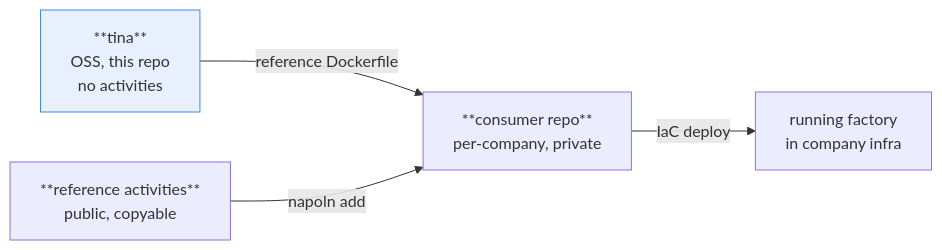
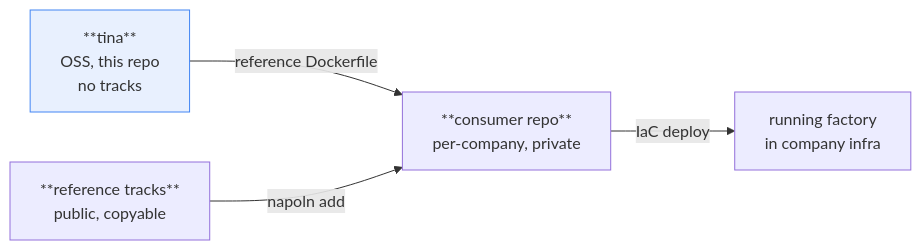
The fifth of 5 diagrams in docs/architecture.md (raiderrobert/tina), drawn with Mermaid before and after one commit. The commit also changed other lines of this file and 34 other files, not shown here.

````diff
--- a/docs/architecture.md
+++ b/docs/architecture.md
@@ -413,13 +416,13 @@
 ```mermaid
 flowchart LR
-    core["**tina**<br/>OSS, this repo<br/>no activities"]
-    ref["**reference activities**<br/>public, copyable"]
+    core["**tina**<br/>OSS, this repo<br/>no tracks"]
+    ref["**reference tracks**<br/>public, copyable"]
     consumer["**consumer repo**<br/>per-company, private"]
     run["running factory<br/>in company infra"]
 
     core -->|"reference Dockerfile"| consumer
     ref -->|"napoln add"| consumer
     consumer -->|"IaC deploy"| run
 
     style core fill:#e8f0fe,stroke:#4285f4
 ```
````
